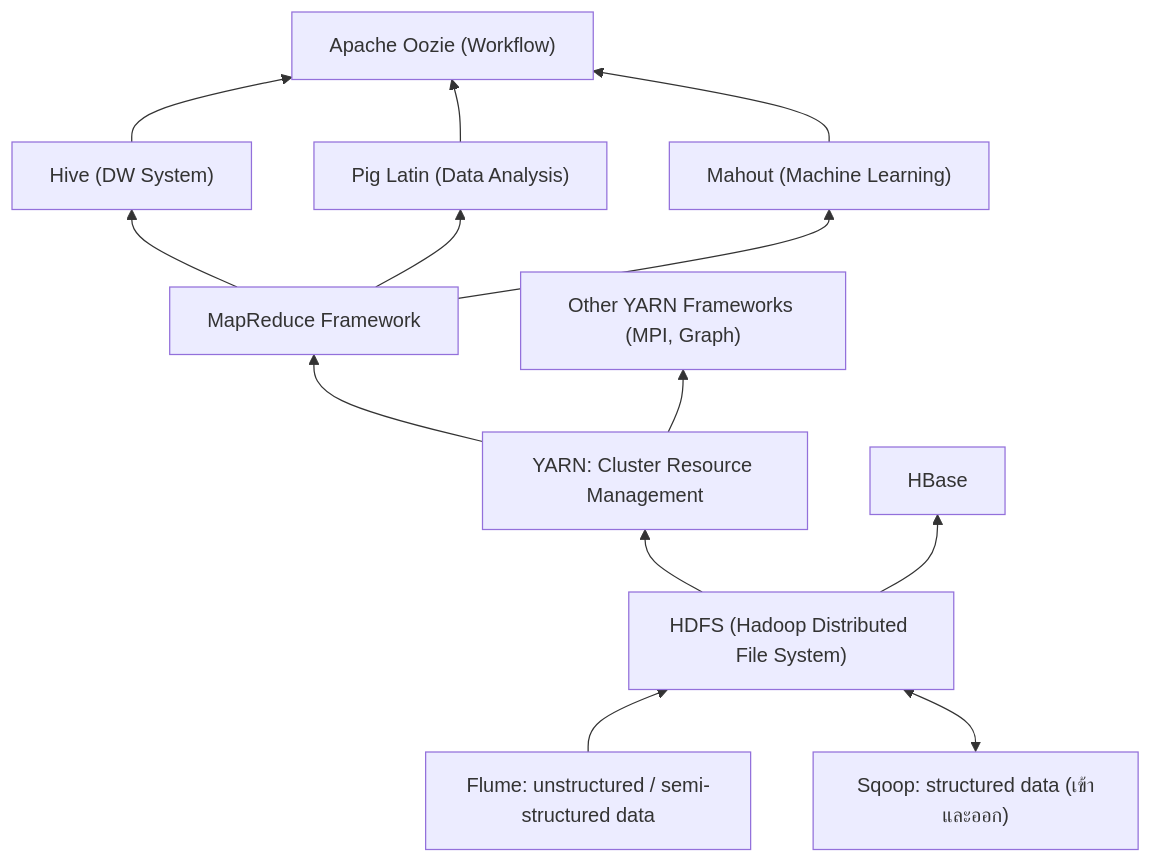
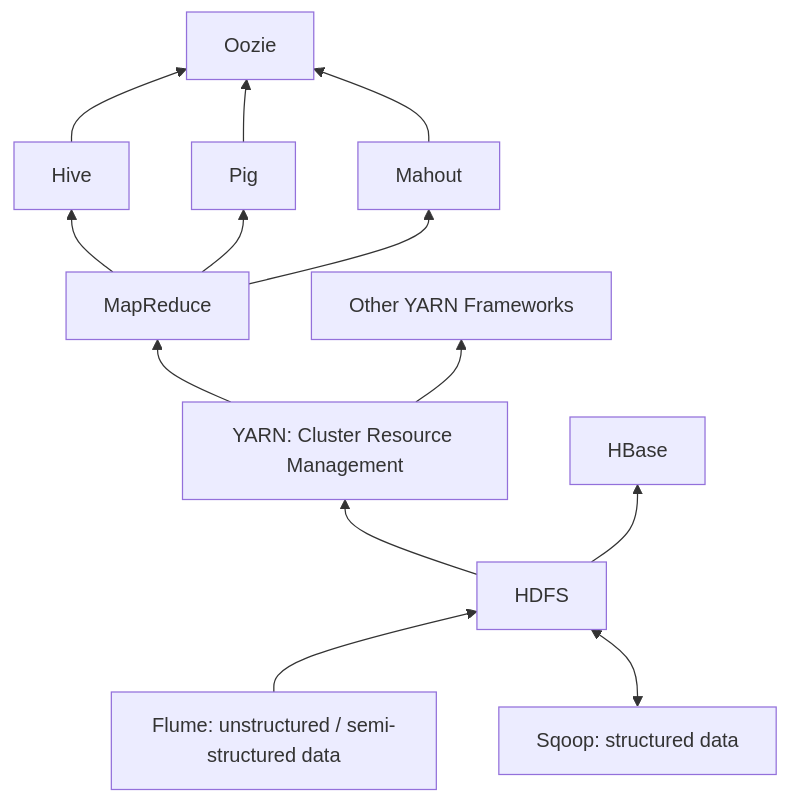
Before and after one commit to mdanmek/nida-dads-notes: the eighth of 12 diagrams in dads6002-big-data-analytics/summary/01_hadoop[claude].md, drawn with Mermaid. The commit also changed other lines of this file, not shown here.

````diff
--- a/dads6002-big-data-analytics/summary/01_hadoop[claude].md
+++ b/dads6002-big-data-analytics/summary/01_hadoop[claude].md
@@ -560,15 +311,15 @@
 ```mermaid
 flowchart BT
     FL["Flume: unstructured / semi-structured data"] --> HDFS
-    SQ["Sqoop: structured data (เข้าและออก)"] <--> HDFS
-    HDFS["HDFS (Hadoop Distributed File System)"] --> YARN["YARN: Cluster Resource Management"]
+    SQ["Sqoop: structured data"] <--> HDFS
+    HDFS["HDFS"] --> YARN["YARN: Cluster Resource Management"]
     HDFS --> HB["HBase"]
-    YARN --> MR["MapReduce Framework"]
-    YARN --> OT["Other YARN Frameworks (MPI, Graph)"]
-    MR --> HV["Hive (DW System)"]
-    MR --> PG["Pig Latin (Data Analysis)"]
-    MR --> MH["Mahout (Machine Learning)"]
-    HV --> OZ["Apache Oozie (Workflow)"]
+    YARN --> MR["MapReduce"]
+    YARN --> OT["Other YARN Frameworks"]
+    MR --> HV["Hive"]
+    MR --> PG["Pig"]
+    MR --> MH["Mahout"]
+    HV --> OZ["Oozie"]
     PG --> OZ
     MH --> OZ
 ```
````
